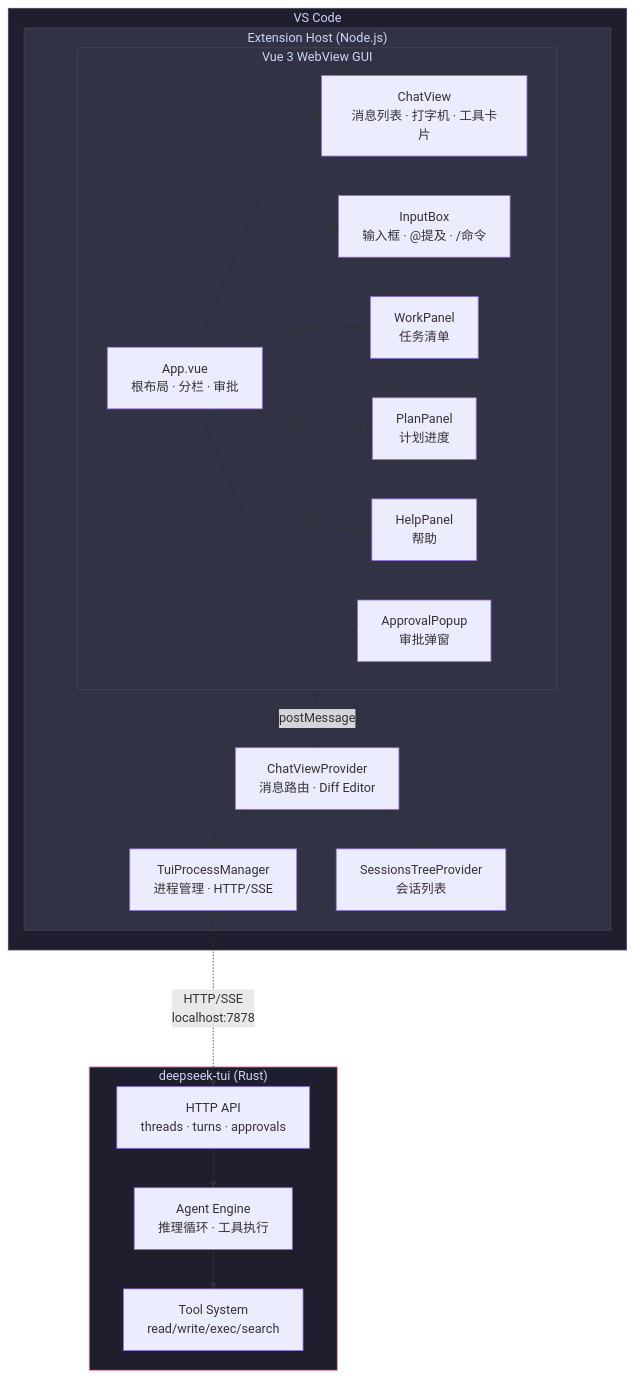
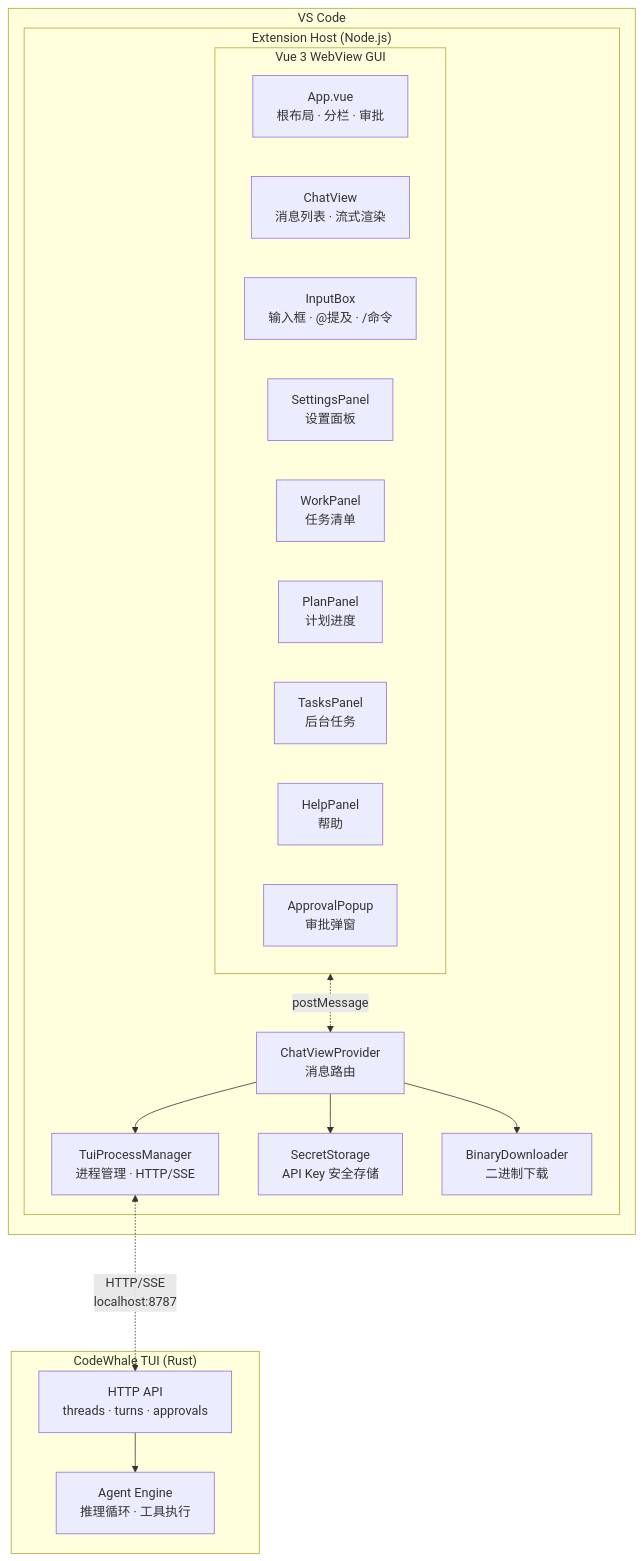
One commit to TheEastKoi/celest changed the diagram in README.md. Above: the diagram before and after it, drawn with Mermaid. The commit also changed other lines of this file and 1 other file, not shown here.

````diff
--- a/README.md
+++ b/README.md
@@ -95,44 +101,35 @@
 ```mermaid
 flowchart TB
     subgraph VSCode["VS Code"]
         subgraph WebView["Vue 3 WebView GUI"]
             App["App.vue<br/>根布局 · 分栏 · 审批"]
-            Chat["ChatView<br/>消息列表 · 打字机 · 工具卡片"]
+            Chat["ChatView<br/>消息列表 · 流式渲染"]
             Input["InputBox<br/>输入框 · @提及 · /命令"]
+            Settings["SettingsPanel<br/>设置面板"]
             Work["WorkPanel<br/>任务清单"]
             Plan["PlanPanel<br/>计划进度"]
+            Tasks["TasksPanel<br/>后台任务"]
             Help["HelpPanel<br/>帮助"]
             Approval["ApprovalPopup<br/>审批弹窗"]
-            App --> Chat
-            App --> Input
-            App --> Work
-            App --> Plan
-            App --> Help
-            App --> Approval
         end
 
         subgraph ExtHost["Extension Host (Node.js)"]
-            Provider["ChatViewProvider<br/>消息路由 · Diff Editor"]
+            Provider["ChatViewProvider<br/>消息路由"]
             TUI["TuiProcessManager<br/>进程管理 · HTTP/SSE"]
-            Sessions["SessionsTreeProvider<br/>会话列表"]
+            Secret["SecretStorage<br/>API Key 安全存储"]
+            Downloader["BinaryDownloader<br/>二进制下载"]
             WebView <-.->|postMessage| Provider
             Provider --> TUI
-            Provider --> Sessions
+            Provider --> Secret
+            Provider --> Downloader
         end
     end
 
-    subgraph TUIProcess["deepseek-tui (Rust)"]
+    subgraph TUIProcess["CodeWhale TUI (Rust)"]
         HTTP["HTTP API<br/>threads · turns · approvals"]
         Engine["Agent Engine<br/>推理循环 · 工具执行"]
-        ToolSys["Tool System<br/>read/write/exec/search"]
         HTTP --> Engine
-        Engine --> ToolSys
     end
 
-    TUI <-..->|"HTTP/SSE<br/>localhost:7878"| HTTP
-
-    style VSCode fill:#1e1e2e,stroke:#45475a,color:#cdd6f4
-    style WebView fill:#313244,stroke:#45475a,color:#cdd6f4
-    style ExtHost fill:#313244,stroke:#45475a,color:#cdd6f4
-    style TUIProcess fill:#1e1e2e,stroke:#f38ba8,color:#cdd6f4
+    TUI <-..->|"HTTP/SSE<br/>localhost:8787"| HTTP
 ```
````
